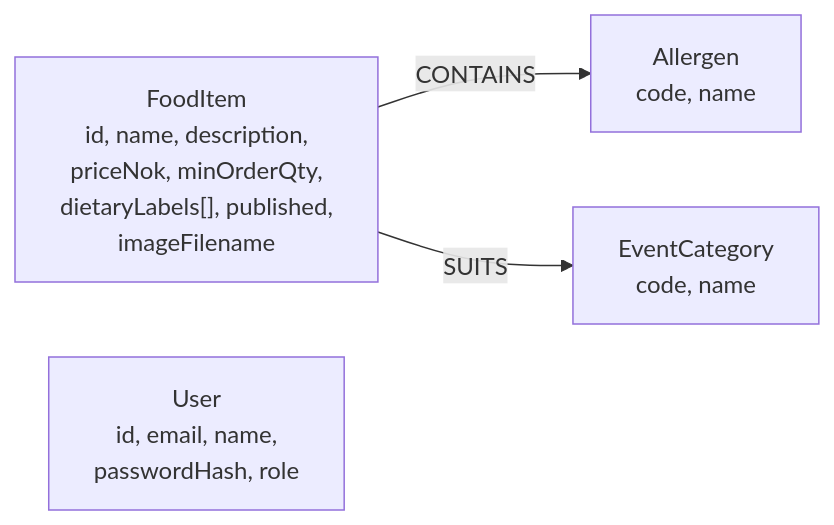
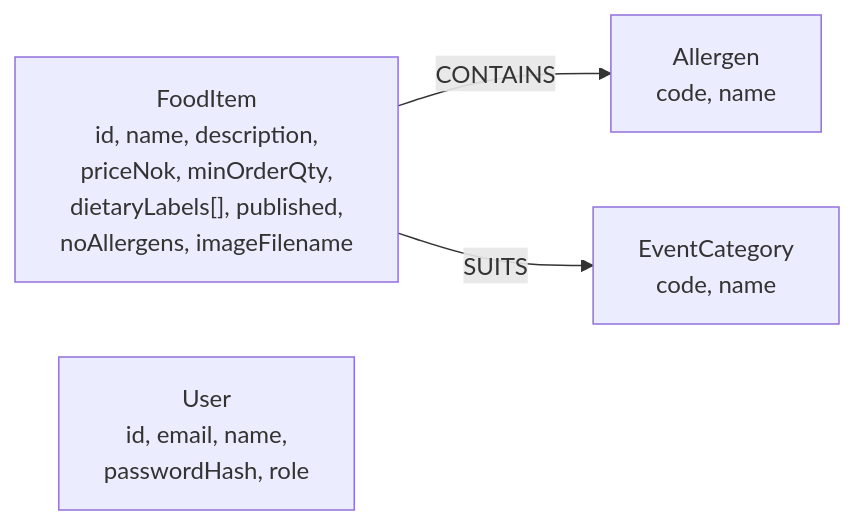
The diagram in docs/models/graph-model.md (oimyks-rgb/oblig4), drawn with Mermaid before and after one commit. The commit also changed other lines of this file and 26 other files, not shown here.

````diff
--- a/docs/models/graph-model.md
+++ b/docs/models/graph-model.md
@@ -5,9 +5,9 @@
 ```mermaid
 graph LR
-  F["FoodItem<br/>id, name, description,<br/>priceNok, minOrderQty,<br/>dietaryLabels[], published,<br/>imageFilename"]
+  F["FoodItem<br/>id, name, description,<br/>priceNok, minOrderQty,<br/>dietaryLabels[], published,<br/>noAllergens, imageFilename"]
   A["Allergen<br/>code, name"]
   C["EventCategory<br/>code, name"]
   U["User<br/>id, email, name,<br/>passwordHash, role"]
   F -- CONTAINS --> A
   F -- SUITS --> C
 ```
````
